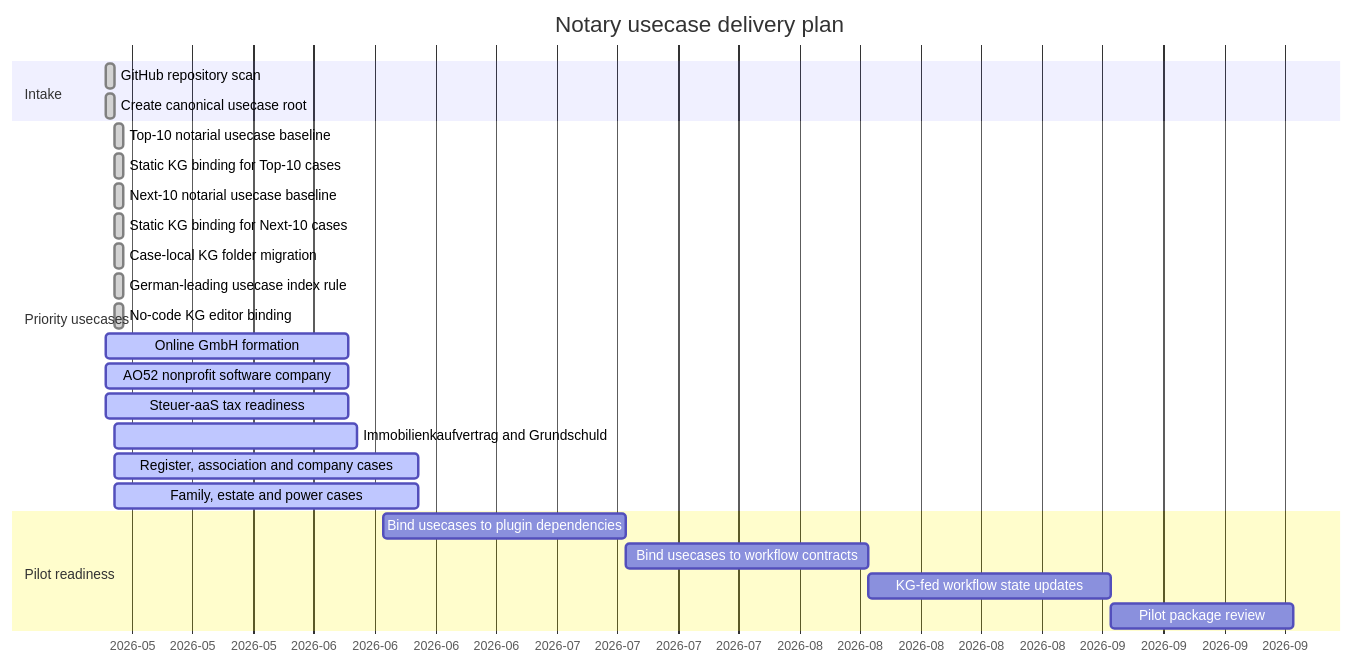
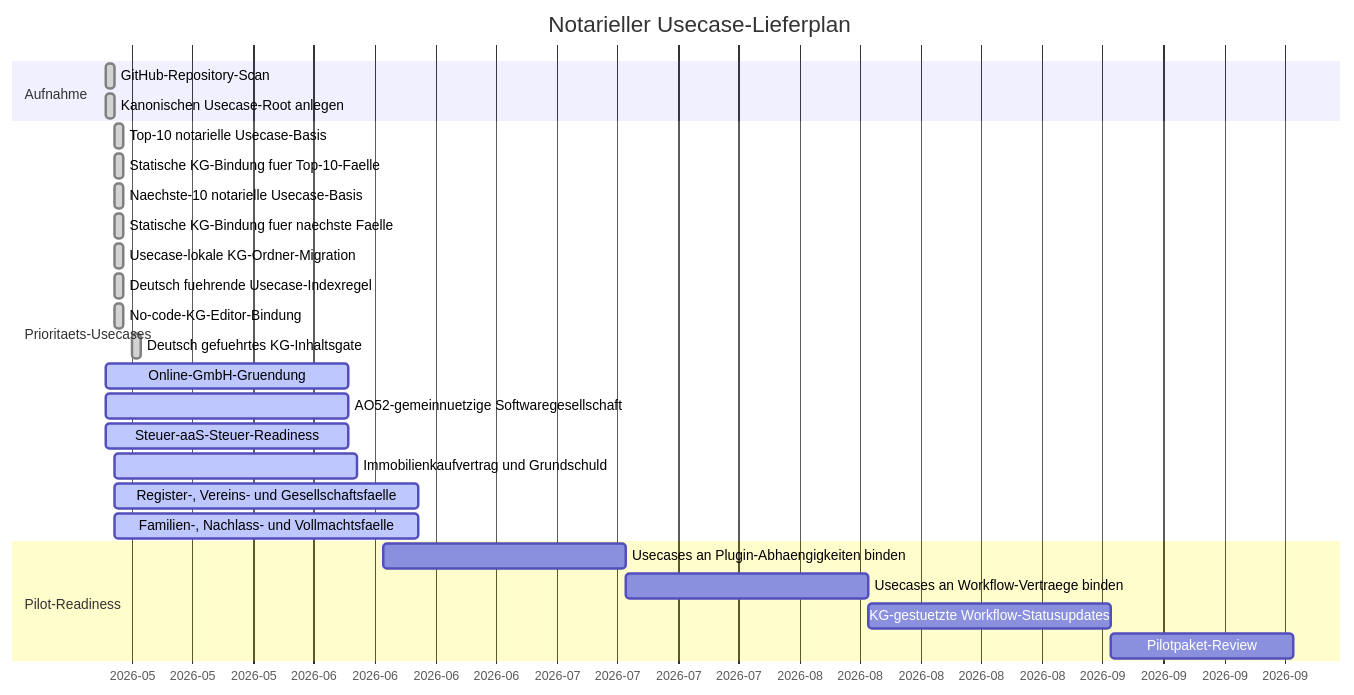
One commit to notariat8/NaC changed the diagram in usecases/GANTT.md. Above: the diagram before and after it, drawn with Mermaid. The commit also changed other lines of this file and 67 other files, not shown here.

````diff
--- a/usecases/GANTT.md
+++ b/usecases/GANTT.md
@@ -5,31 +5,32 @@
 ```mermaid
 gantt
-    title Notary usecase delivery plan
+    title Notarieller Usecase-Lieferplan
     dateFormat  YYYY-MM-DD
     axisFormat  %Y-%m
 
-    section Intake
-    GitHub repository scan                      :done,   u1, 2026-05-14, 1d
-    Create canonical usecase root              :done,   u2, 2026-05-14, 1d
+    section Aufnahme
+    GitHub-Repository-Scan                     :done,   u1, 2026-05-14, 1d
+    Kanonischen Usecase-Root anlegen           :done,   u2, 2026-05-14, 1d
 
-    section Priority usecases
-    Top-10 notarial usecase baseline           :done,   u3, 2026-05-15, 1d
-    Static KG binding for Top-10 cases         :done,   u4, 2026-05-15, 1d
-    Next-10 notarial usecase baseline          :done,   u5, 2026-05-15, 1d
-    Static KG binding for Next-10 cases        :done,   u6, 2026-05-15, 1d
-    Case-local KG folder migration             :done,   u6a, 2026-05-15, 1d
-    German-leading usecase index rule          :done,   u6b, 2026-05-15, 1d
-    No-code KG editor binding                  :done,   u6c, 2026-05-15, 1d
-    Online GmbH formation                      :active, u7, 2026-05-14, 28d
-    AO52 nonprofit software company            :active, u8, 2026-05-14, 28d
-    Steuer-aaS tax readiness                   :active, u9, 2026-05-14, 28d
-    Immobilienkaufvertrag and Grundschuld      :active, u10, 2026-05-15, 28d
-    Register, association and company cases    :active, u11, 2026-05-15, 35d
-    Family, estate and power cases             :active, u12, 2026-05-15, 35d
+    section Prioritaets-Usecases
+    Top-10 notarielle Usecase-Basis            :done,   u3, 2026-05-15, 1d
+    Statische KG-Bindung fuer Top-10-Faelle    :done,   u4, 2026-05-15, 1d
+    Naechste-10 notarielle Usecase-Basis       :done,   u5, 2026-05-15, 1d
+    Statische KG-Bindung fuer naechste Faelle  :done,   u6, 2026-05-15, 1d
+    Usecase-lokale KG-Ordner-Migration         :done,   u6a, 2026-05-15, 1d
+    Deutsch fuehrende Usecase-Indexregel       :done,   u6b, 2026-05-15, 1d
+    No-code-KG-Editor-Bindung                  :done,   u6c, 2026-05-15, 1d
+    Deutsch gefuehrtes KG-Inhaltsgate          :done,   u6d, 2026-05-17, 1d
+    Online-GmbH-Gruendung                      :active, u7, 2026-05-14, 28d
+    AO52-gemeinnuetzige Softwaregesellschaft   :active, u8, 2026-05-14, 28d
+    Steuer-aaS-Steuer-Readiness                :active, u9, 2026-05-14, 28d
+    Immobilienkaufvertrag und Grundschuld      :active, u10, 2026-05-15, 28d
+    Register-, Vereins- und Gesellschaftsfaelle :active, u11, 2026-05-15, 35d
+    Familien-, Nachlass- und Vollmachtsfaelle  :active, u12, 2026-05-15, 35d
 
-    section Pilot readiness
-    Bind usecases to plugin dependencies        :        u13, 2026-06-15, 28d
-    Bind usecases to workflow contracts         :        u14, after u13, 28d
-    KG-fed workflow state updates               :        u15, after u14, 28d
-    Pilot package review                        :        u16, after u15, 21d
+    section Pilot-Readiness
+    Usecases an Plugin-Abhaengigkeiten binden  :        u13, 2026-06-15, 28d
+    Usecases an Workflow-Vertraege binden      :        u14, after u13, 28d
+    KG-gestuetzte Workflow-Statusupdates       :        u15, after u14, 28d
+    Pilotpaket-Review                          :        u16, after u15, 21d
 ```
````
